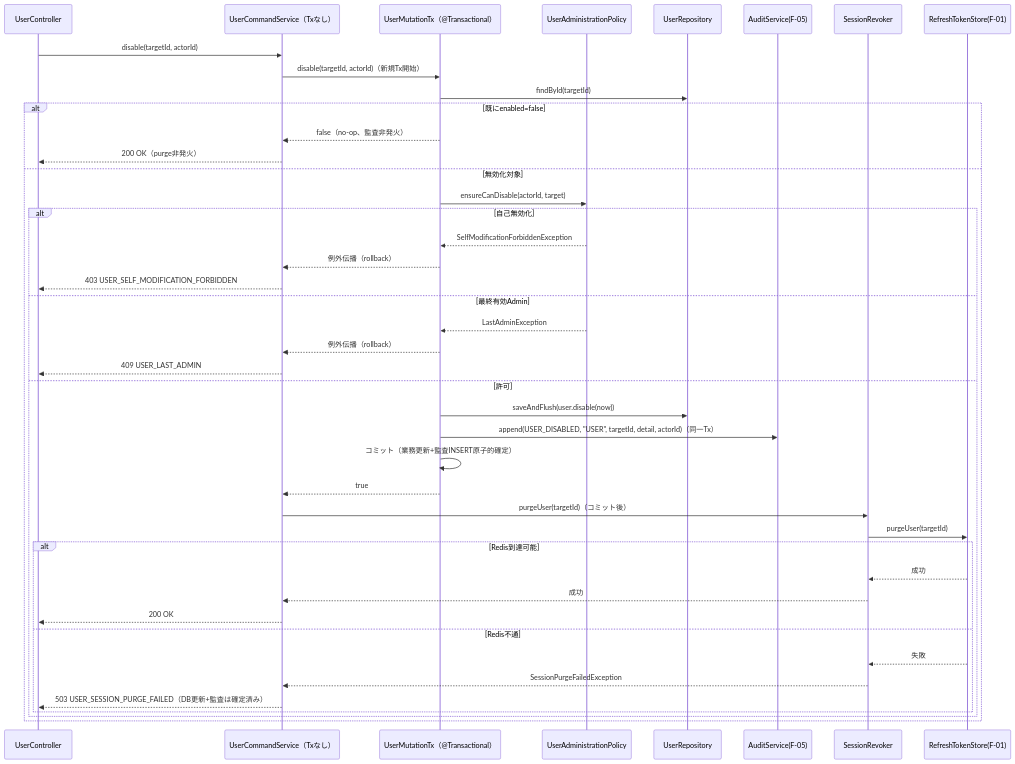
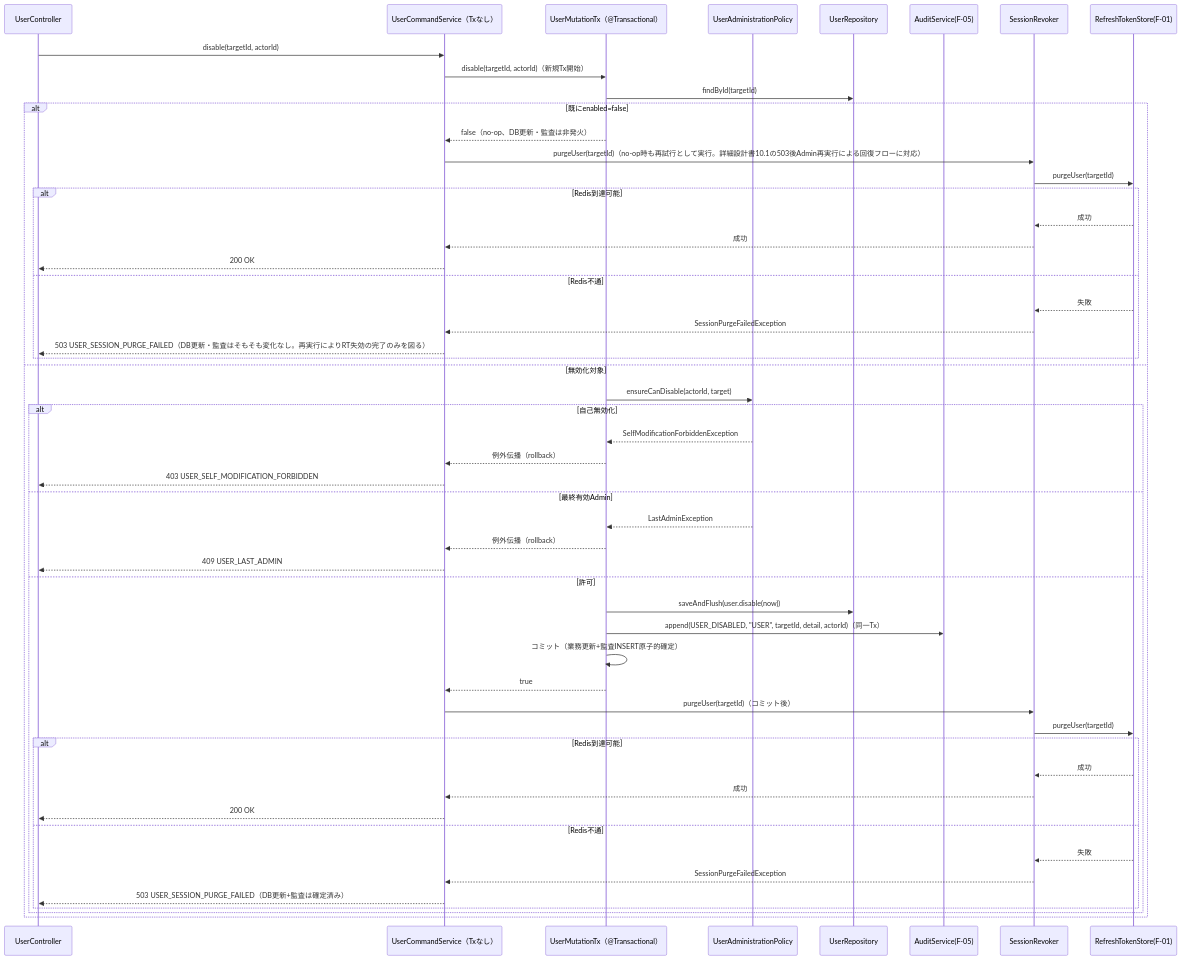
One commit to ryohei-sumii/ForgeHub changed the eighth of 8 diagrams in docs/design/f-02-user-role-management-backend-class.md. Above: the diagram before and after it, drawn with Mermaid. The commit also changed other lines of this file, not shown here.

````diff
--- a/docs/design/f-02-user-role-management-backend-class.md
+++ b/docs/design/f-02-user-role-management-backend-class.md
@@ -1207,46 +1254,56 @@
 ```mermaid
 sequenceDiagram
     participant C as UserController
     participant CS as UserCommandService（Txなし）
     participant TX as UserMutationTx（@Transactional）
     participant P as UserAdministrationPolicy
     participant R as UserRepository
     participant AU as AuditService(F-05)
     participant SR as SessionRevoker
     participant F01 as RefreshTokenStore(F-01)
 
     C->>CS: disable(targetId, actorId)
     CS->>TX: disable(targetId, actorId)（新規Tx開始）
     TX->>R: findById(targetId)
     alt 既にenabled=false
-        TX-->>CS: false（no-op、監査非発火）
-        CS-->>C: 200 OK（purge非発火）
+        TX-->>CS: false（no-op、DB更新・監査は非発火）
+        CS->>SR: purgeUser(targetId)（no-op時も再試行として実行。詳細設計書10.1の503後Admin再実行による回復フローに対応）
+        SR->>F01: purgeUser(targetId)
+        alt Redis到達可能
+            F01-->>SR: 成功
+            SR-->>CS: 成功
+            CS-->>C: 200 OK
+        else Redis不通
+            F01-->>SR: 失敗
+            SR-->>CS: SessionPurgeFailedException
+            CS-->>C: 503 USER_SESSION_PURGE_FAILED（DB更新・監査はそもそも変化なし。再実行によりRT失効の完了のみを図る）
+        end
     else 無効化対象
         TX->>P: ensureCanDisable(actorId, target)
         alt 自己無効化
             P-->>TX: SelfModificationForbiddenException
             TX-->>CS: 例外伝播（rollback）
             CS-->>C: 403 USER_SELF_MODIFICATION_FORBIDDEN
         else 最終有効Admin
             P-->>TX: LastAdminException
             TX-->>CS: 例外伝播（rollback）
             CS-->>C: 409 USER_LAST_ADMIN
         else 許可
             TX->>R: saveAndFlush(user.disable(now))
             TX->>AU: append(USER_DISABLED, "USER", targetId, detail, actorId)（同一Tx）
             TX->>TX: コミット（業務更新+監査INSERT原子的確定）
             TX-->>CS: true
             CS->>SR: purgeUser(targetId)（コミット後）
             SR->>F01: purgeUser(targetId)
             alt Redis到達可能
                 F01-->>SR: 成功
                 SR-->>CS: 成功
                 CS-->>C: 200 OK
             else Redis不通
                 F01-->>SR: 失敗
                 SR-->>CS: SessionPurgeFailedException
                 CS-->>C: 503 USER_SESSION_PURGE_FAILED（DB更新+監査は確定済み）
             end
         end
     end
 ```
````
